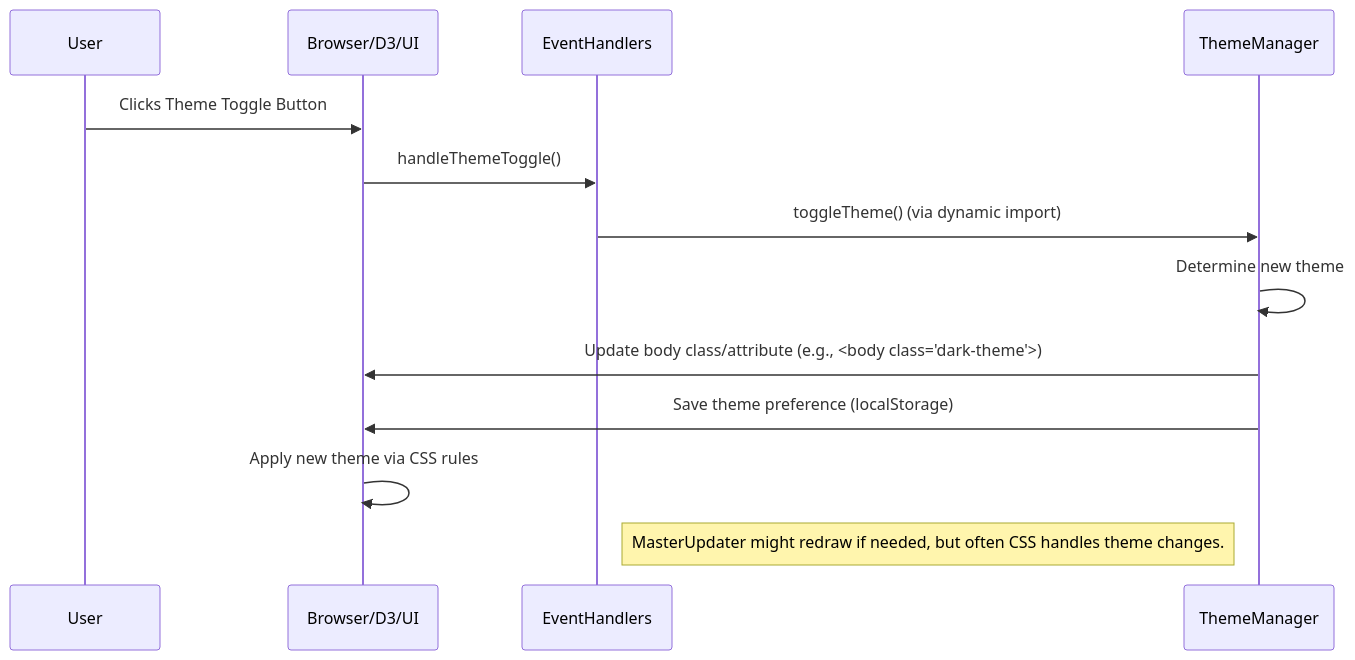
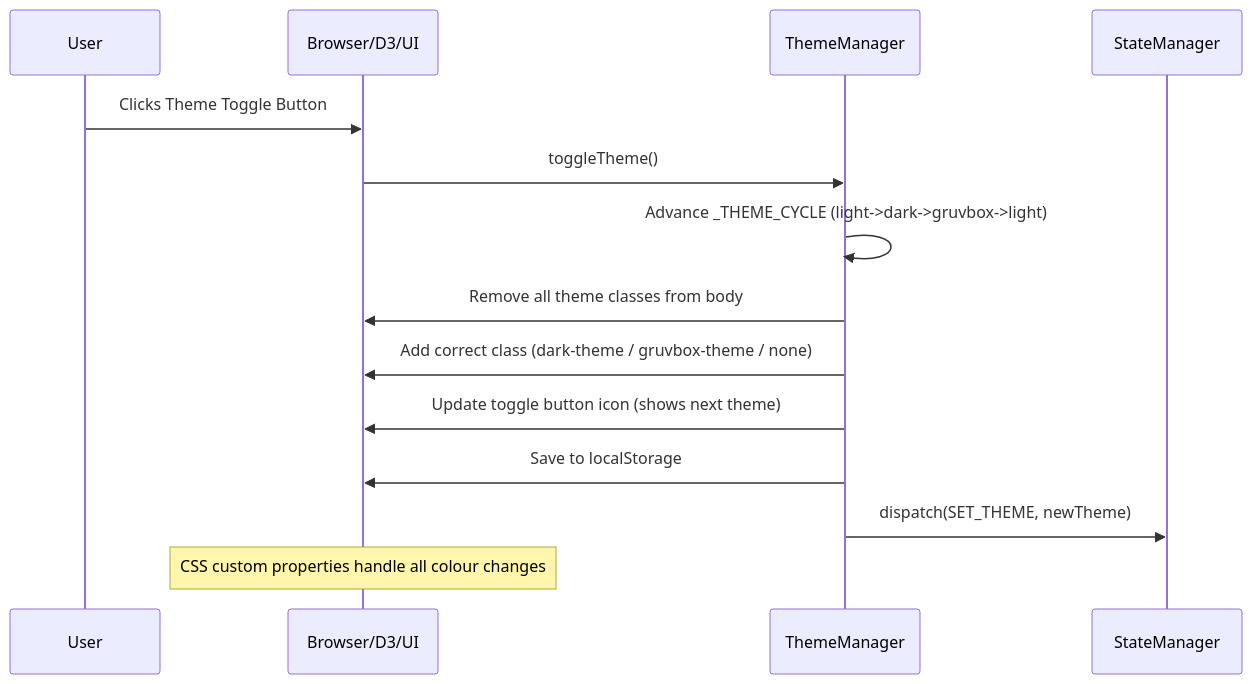
Before and after one commit to tomaszkaliciak/weight-insider: the seventh of 18 diagrams in frontend/docs/program_flow.md, drawn with Mermaid. The commit also changed other lines of this file and 82 other files, not shown here.

````diff
--- a/frontend/docs/program_flow.md
+++ b/frontend/docs/program_flow.md
@@ -203,16 +202,17 @@
 ```mermaid
 sequenceDiagram
     participant User
     participant Browser/D3/UI
-    participant EventHandlers
     participant ThemeManager
+    participant StateManager
 
     User->>Browser/D3/UI: Clicks Theme Toggle Button
-    Browser/D3/UI->>EventHandlers: handleThemeToggle()
-    EventHandlers->>ThemeManager: toggleTheme() (via dynamic import)
-    ThemeManager->>ThemeManager: Determine new theme
-    ThemeManager->>Browser/D3/UI: Update body class/attribute (e.g., <body class="dark-theme">)
-    ThemeManager->>Browser/D3/UI: Save theme preference (localStorage)
-    Browser/D3/UI->>Browser/D3/UI: Apply new theme via CSS rules
-    Note right of EventHandlers: MasterUpdater might redraw if needed, but often CSS handles theme changes.
+    Browser/D3/UI->>ThemeManager: toggleTheme()
+    ThemeManager->>ThemeManager: Advance _THEME_CYCLE (light->dark->gruvbox->light)
+    ThemeManager->>Browser/D3/UI: Remove all theme classes from body
+    ThemeManager->>Browser/D3/UI: Add correct class (dark-theme / gruvbox-theme / none)
+    ThemeManager->>Browser/D3/UI: Update toggle button icon (shows next theme)
+    ThemeManager->>Browser/D3/UI: Save to localStorage
+    ThemeManager->>StateManager: dispatch(SET_THEME, newTheme)
+    Note over Browser/D3/UI: CSS custom properties handle all colour changes
 ```
````
